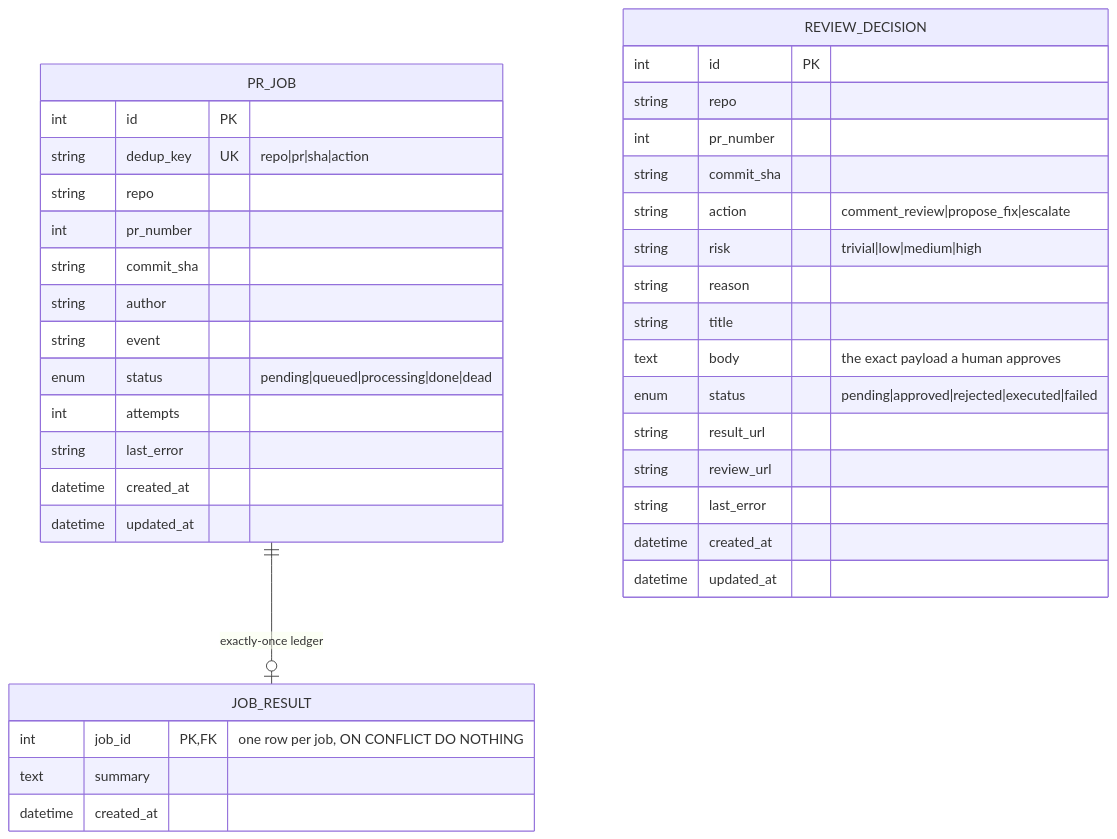
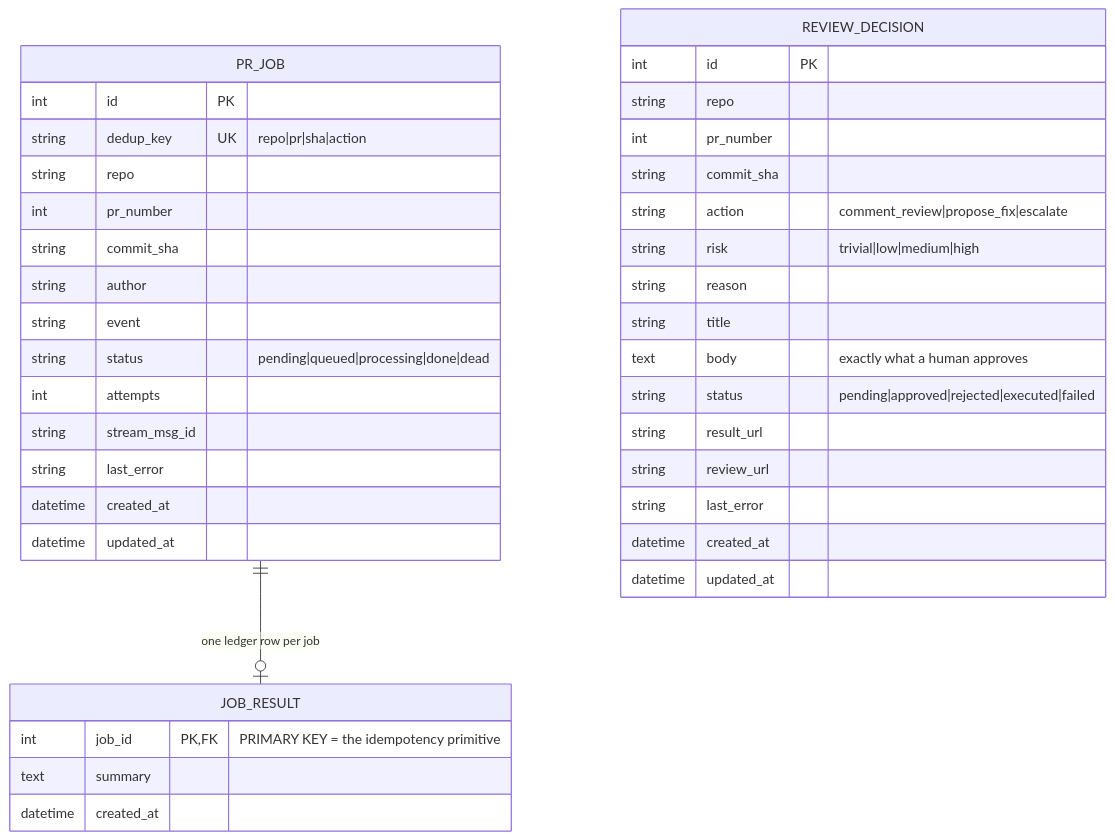
The fifth of 8 diagrams in README.md (sheikhayaan/AUTOPR), drawn with Mermaid before and after one commit. The commit also changed other lines of this file and 10 other files, not shown here.

First line of the commit message:
README rebuilt as a measured, verifiable case study + SVG figure pipeline

````diff
--- a/README.md
+++ b/README.md
@@ -328,40 +353,41 @@
 ```mermaid
 erDiagram
-    PR_JOB ||--o| JOB_RESULT : "exactly-once ledger"
+    PR_JOB ||--o| JOB_RESULT : "one ledger row per job"
     PR_JOB {
         int id PK
         string dedup_key UK "repo|pr|sha|action"
         string repo
         int pr_number
         string commit_sha
         string author
         string event
-        enum status "pending|queued|processing|done|dead"
+        string status "pending|queued|processing|done|dead"
         int attempts
+        string stream_msg_id
         string last_error
         datetime created_at
         datetime updated_at
     }
     JOB_RESULT {
-        int job_id PK, FK "one row per job, ON CONFLICT DO NOTHING"
+        int job_id PK, FK "PRIMARY KEY = the idempotency primitive"
         text summary
         datetime created_at
     }
     REVIEW_DECISION {
         int id PK
         string repo
         int pr_number
         string commit_sha
         string action "comment_review|propose_fix|escalate"
         string risk "trivial|low|medium|high"
         string reason
         string title
-        text body "the exact payload a human approves"
-        enum status "pending|approved|rejected|executed|failed"
+        text body "exactly what a human approves"
+        string status "pending|approved|rejected|executed|failed"
         string result_url
         string review_url
         string last_error
         datetime created_at
         datetime updated_at
     }
 ```
````
